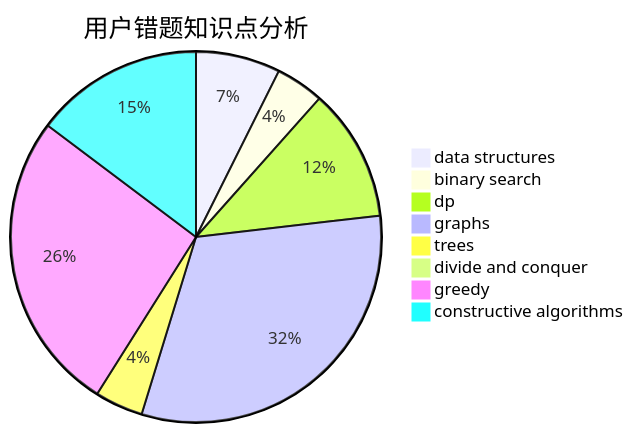
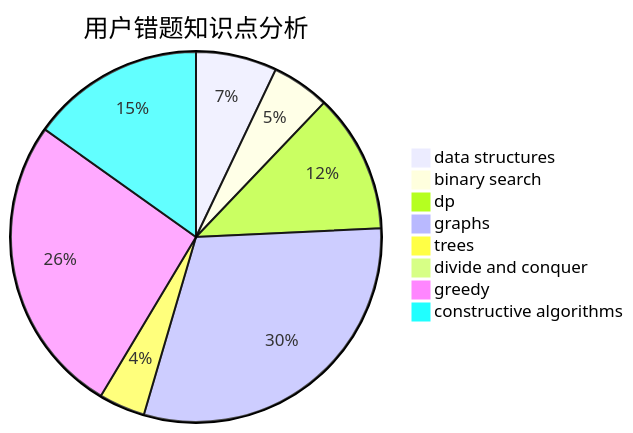
The third of 3 diagrams in docs/user/u318.md (sherpahu/cfrs.github.io), drawn with Mermaid before and after one commit. The commit also changed other lines of this file and 2770 other files, not shown here.

````diff
--- a/docs/user/u318.md
+++ b/docs/user/u318.md
@@ -36,11 +36,11 @@
 ```mermaid
 pie title 用户错题知识点分析
     "data structures" :  7
-    "binary search" :  4
-    "dp" :  11
+    "binary search" :  5
+    "dp" :  12
     "graphs" :  30
     "trees" :  4
     "divide and conquer" :  0
-    "greedy" :  25
-    "constructive algorithms" :  14
+    "greedy" :  26
+    "constructive algorithms" :  15
 ```
````
